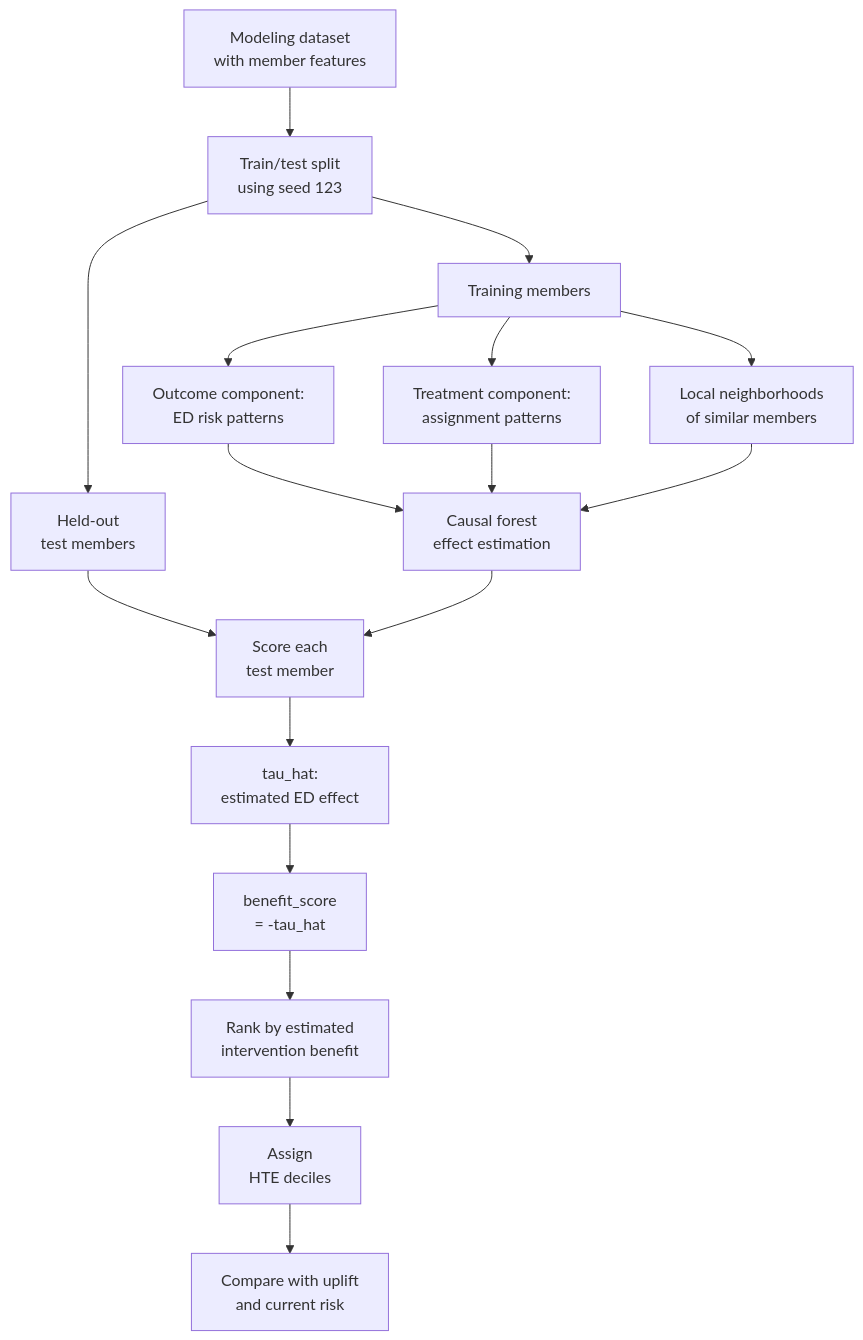
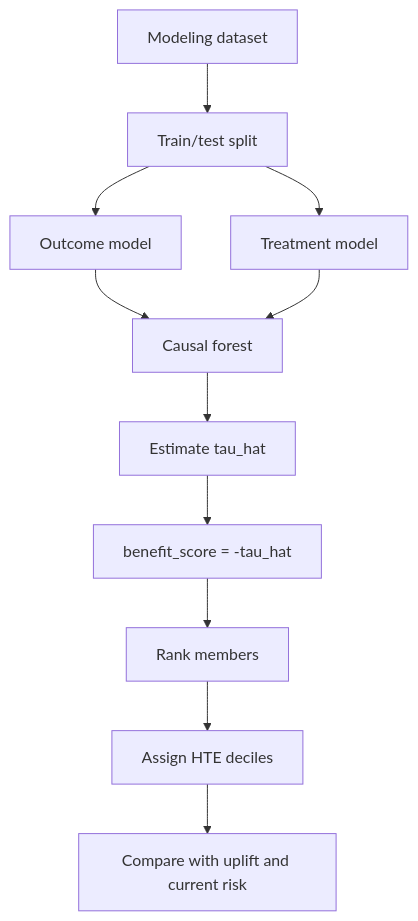
The diagram in PRISM_Causal_Forest_Modeling_README.md (ndesai777777/prism_repo), drawn with Mermaid before and after one commit. The commit also changed other lines of this file, not shown here.

````diff
--- a/PRISM_Causal_Forest_Modeling_README.md
+++ b/PRISM_Causal_Forest_Modeling_README.md
@@ -114,19 +106,13 @@
 ```mermaid
 flowchart TD
-    A["Modeling dataset<br/>with member features"] --> B["Train/test split<br/>using seed 123"]
-    B --> C["Training members"]
-    B --> D["Held-out<br/>test members"]
-    C --> E["Outcome component:<br/>ED risk patterns"]
-    C --> F["Treatment component:<br/>assignment patterns"]
-    C --> G["Local neighborhoods<br/>of similar members"]
-    E --> H["Causal forest<br/>effect estimation"]
-    F --> H
-    G --> H
-    D --> I["Score each<br/>test member"]
-    H --> I
-    I --> J["tau_hat:<br/>estimated ED effect"]
-    J --> K["benefit_score<br/>= -tau_hat"]
-    K --> L["Rank by estimated<br/>intervention benefit"]
-    L --> M["Assign<br/>HTE deciles"]
-    M --> N["Compare with uplift<br/>and current risk"]
+    A["Modeling dataset"] --> B["Train/test split"]
+    B --> C["Outcome model"]
+    B --> D["Treatment model"]
+    C --> E["Causal forest"]
+    D --> E
+    E --> F["Estimate tau_hat"]
+    F --> G["benefit_score = -tau_hat"]
+    G --> H["Rank members"]
+    H --> I["Assign HTE deciles"]
+    I --> J["Compare with uplift and current risk"]
 ```
````
